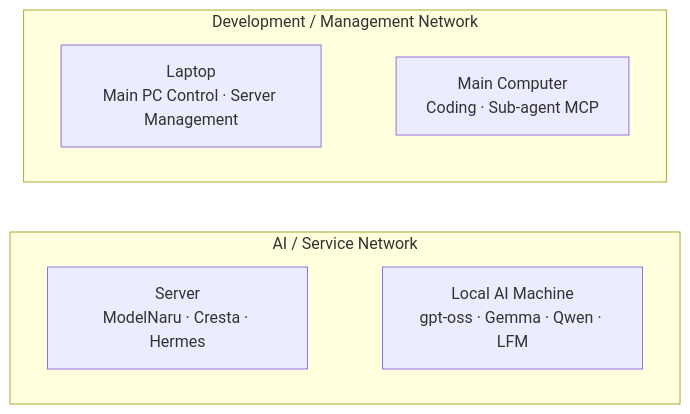
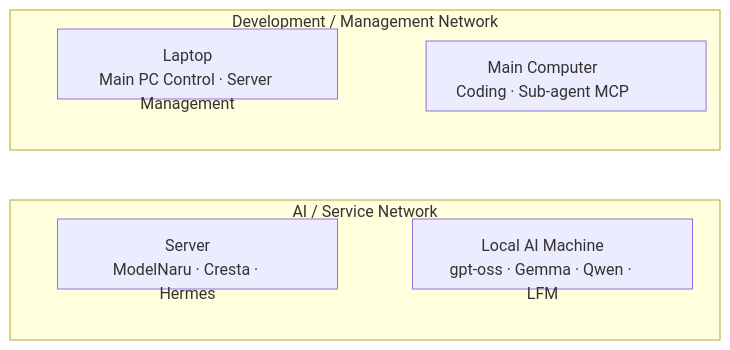
One commit to totjae/portfolio changed the diagram in README.md. Above: the diagram before and after it, drawn with Mermaid.

Commit message:
Unify infrastructure diagram node sizes

````diff
--- a/README.md
+++ b/README.md
@@ -33,16 +33,19 @@
 ```mermaid
 flowchart LR
     subgraph NET_A["AI / Service Network"]
         direction LR
         SERVER["Server<br/>ModelNaru · Cresta · Hermes"]
         LOCAL_AI["Local AI Machine<br/>gpt-oss · Gemma · Qwen · LFM"]
         SERVER ~~~ LOCAL_AI
     end
 
     subgraph NET_B["Development / Management Network"]
         direction LR
         LAPTOP["Laptop<br/>Main PC Control · Server Management"]
         MAIN_PC["Main Computer<br/>Coding · Sub-agent MCP"]
         LAPTOP ~~~ MAIN_PC
     end
+
+    classDef device width:280px,height:70px;
+    class SERVER,LOCAL_AI,LAPTOP,MAIN_PC device;
 ```
````
